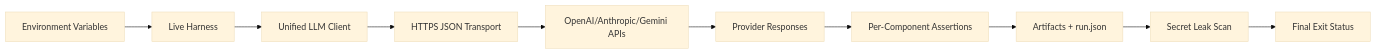
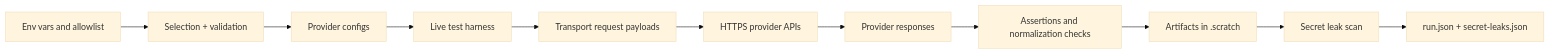
One commit to jaytaylor/attractor-tcl changed the fourth of 5 diagrams in docs/sprints/SPRINT-004-comprehensive-implementation-plan.md. Above: the diagram before and after it, drawn with Mermaid (base theme). The commit also changed other lines of this file, not shown here.

Commit message:
docs: finalize sprint 004 implementation plan with verification evidence

````diff
--- a/docs/sprints/SPRINT-004-comprehensive-implementation-plan.md
+++ b/docs/sprints/SPRINT-004-comprehensive-implementation-plan.md
@@ -1346,13 +936,13 @@
 ```mermaid
-%% Source: .scratch/diagrams/sprint-004/implementation-plan/dataflow.mmd
 flowchart LR
-  ENV[Environment Variables] --> HARNESS[Live Harness]
-  HARNESS --> CLIENT[Unified LLM Client]
-  CLIENT --> TRANSPORT[HTTPS JSON Transport]
-  TRANSPORT --> PROVIDERS[OpenAI/Anthropic/Gemini APIs]
-  PROVIDERS --> RESP[Provider Responses]
-  RESP --> ASSERT[Per-Component Assertions]
-  ASSERT --> ART[Artifacts + run.json]
-  ART --> SCAN[Secret Leak Scan]
-  SCAN --> RESULT[Final Exit Status]
+  ENV[Env vars and allowlist] --> PREFLIGHT[Selection + validation]
+  PREFLIGHT --> CFG[Provider configs]
+  CFG --> HARNESS[Live test harness]
+  HARNESS --> REQ[Transport request payloads]
+  REQ --> NET[HTTPS provider APIs]
+  NET --> RESP[Provider responses]
+  RESP --> ASSERT[Assertions and normalization checks]
+  ASSERT --> ART[Artifacts in .scratch]
+  ART --> SCAN[Secret leak scan]
+  SCAN --> FINAL[run.json + secret-leaks.json]
 ```
````
